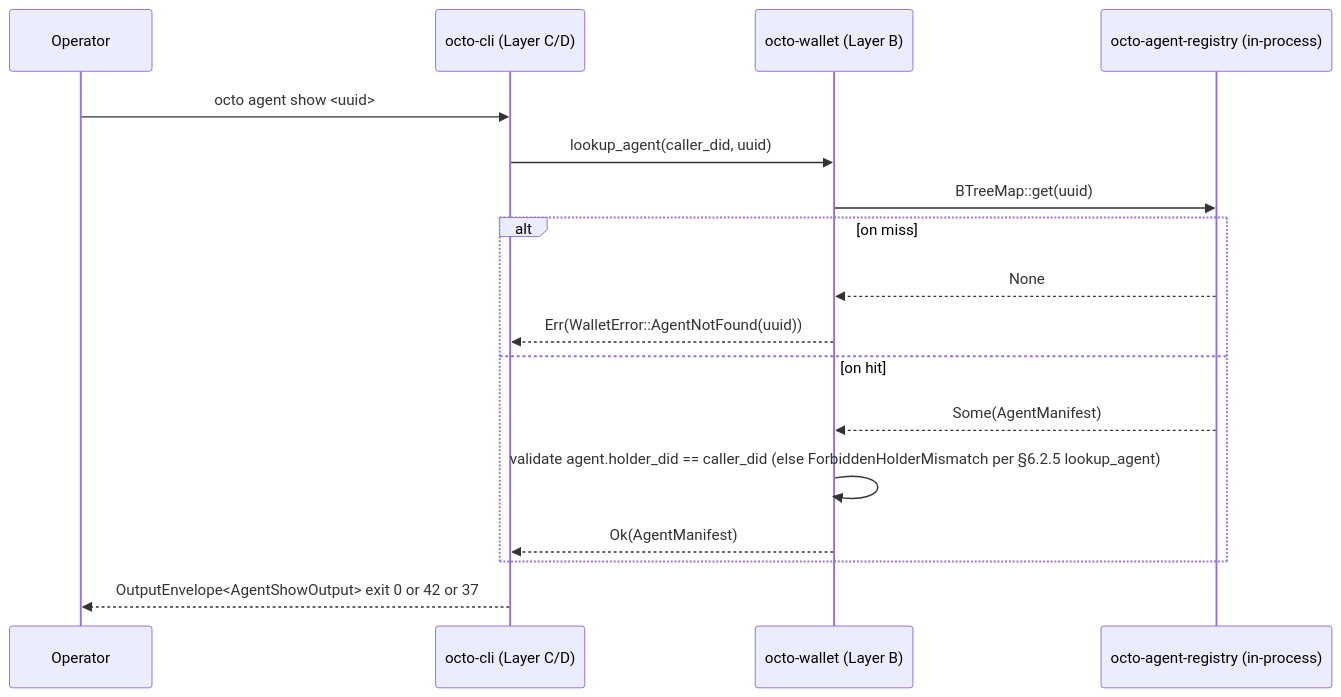
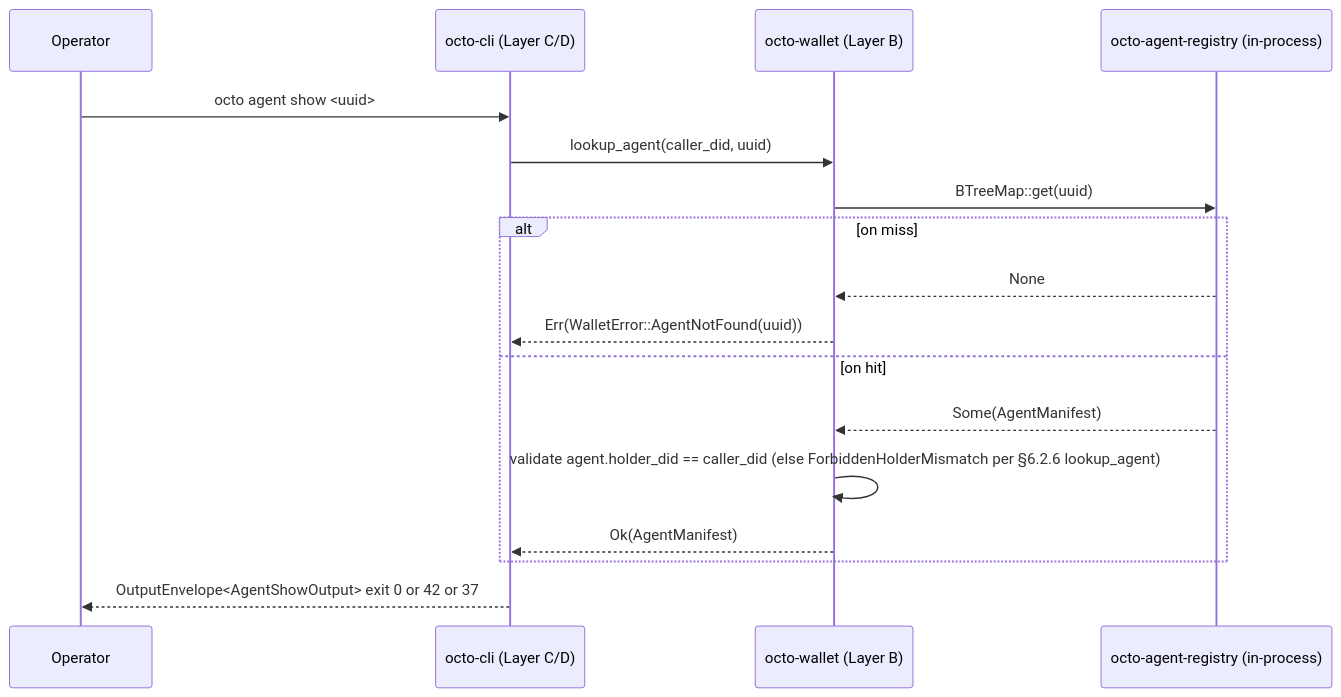
The second of 2 diagrams in rfcs/draft/process/0015-wallet-agent-operations.md (CipherOcto/cipherocto), drawn with Mermaid before and after one commit. The commit also changed other lines of this file and 1 other file, not shown here.

````diff
--- a/rfcs/draft/process/0015-wallet-agent-operations.md
+++ b/rfcs/draft/process/0015-wallet-agent-operations.md
@@ -492,20 +492,20 @@
 ```mermaid
 sequenceDiagram
     participant Op as Operator
     participant CLI as octo-cli (Layer C/D)
     participant Wal as octo-wallet (Layer B)
     participant Reg as octo-agent-registry (in-process)
 
     Op->>CLI: octo agent show <uuid>
     CLI->>Wal: lookup_agent(caller_did, uuid)
     Wal->>Reg: BTreeMap::get(uuid)
     alt on miss
         Reg-->>Wal: None
         Wal-->>CLI: Err(WalletError::AgentNotFound(uuid))
     else on hit
         Reg-->>Wal: Some(AgentManifest)
-        Wal->>Wal: validate agent.holder_did == caller_did (else ForbiddenHolderMismatch per §6.2.5 lookup_agent)
+        Wal->>Wal: validate agent.holder_did == caller_did (else ForbiddenHolderMismatch per §6.2.6 lookup_agent)
         Wal-->>CLI: Ok(AgentManifest)
     end
     CLI-->>Op: OutputEnvelope<AgentShowOutput> exit 0 or 42 or 37
 ```
````
